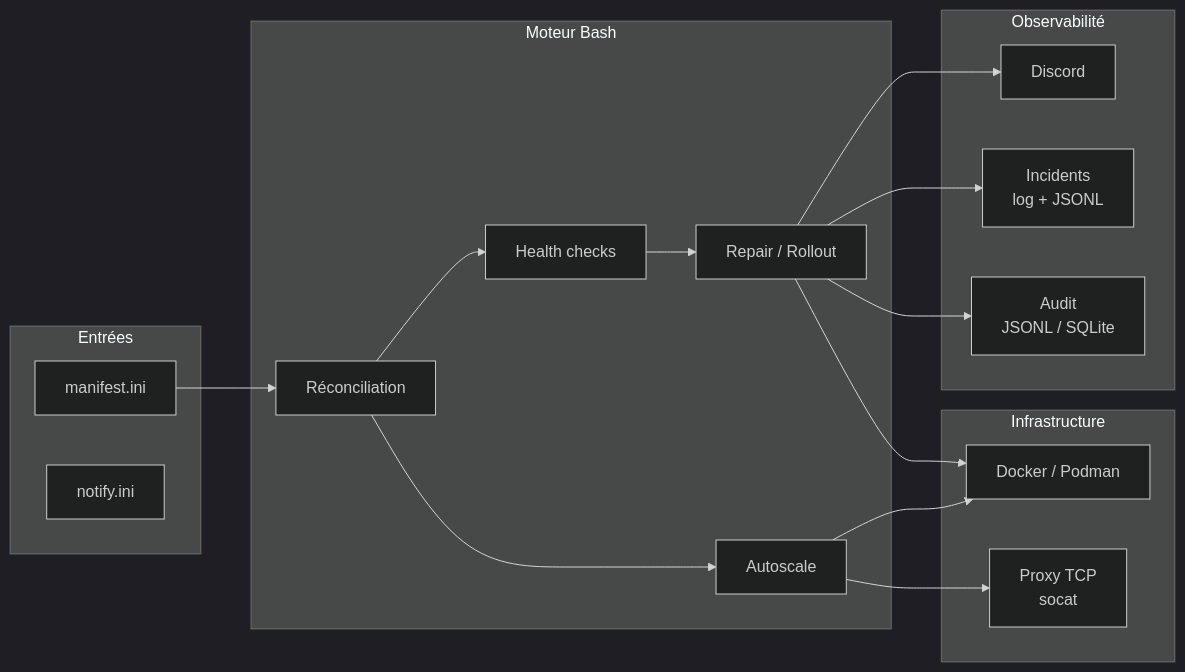
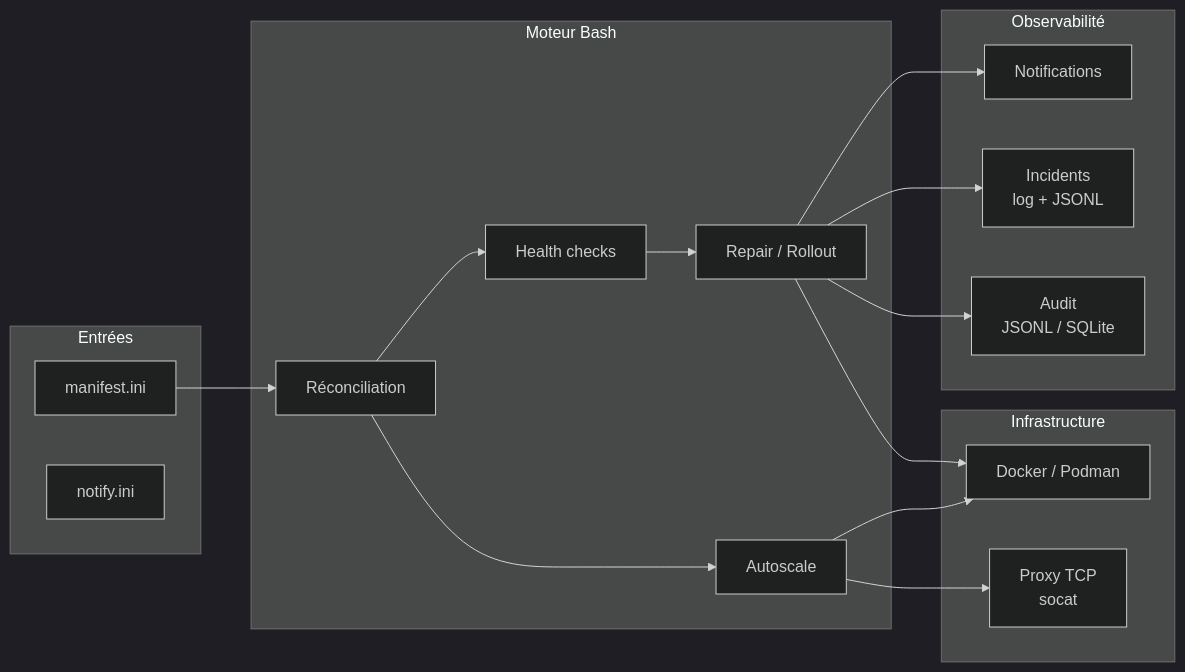
Before and after one commit to Arcneell/Caelix-docs: the diagram in docs/index.md, drawn with Mermaid (dark theme). The commit also changed other lines of this file and 53 other files, not shown here.

````diff
--- a/docs/index.md
+++ b/docs/index.md
@@ -31,36 +42,36 @@
 ```mermaid
 graph LR
     subgraph Entree["Entrées"]
         manifest["manifest.ini"]
         notify["notify.ini"]
     end
 
     subgraph Moteur["Moteur Bash"]
         reconcile["Réconciliation"]
         health["Health checks"]
         repair["Repair / Rollout"]
         scale["Autoscale"]
     end
 
     subgraph Infra["Infrastructure"]
         docker["Docker / Podman"]
         proxy["Proxy TCP<br>socat"]
     end
 
     subgraph Sorties["Observabilité"]
-        discord["Discord"]
+        discord["Notifications"]
         incidents["Incidents<br>log + JSONL"]
         audit["Audit<br>JSONL / SQLite"]
     end
 
     manifest --> reconcile
     reconcile --> health
     health --> repair
     repair --> docker
     reconcile --> scale
     scale --> docker
     scale --> proxy
     repair --> discord
     repair --> incidents
     repair --> audit
 ```
````
